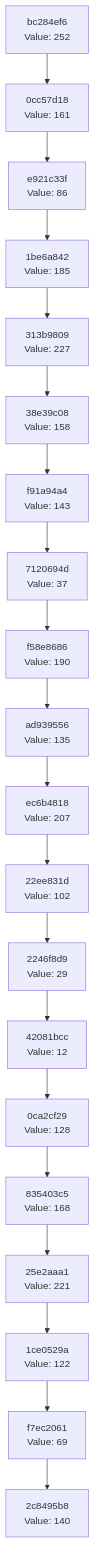
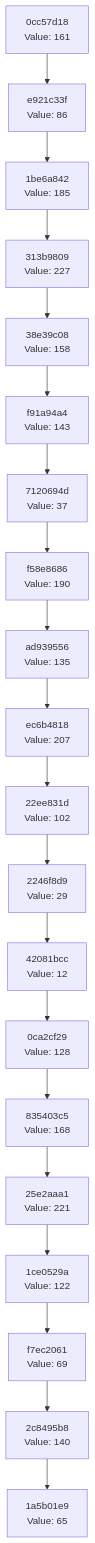
Before and after one commit to Abhisheksinha1506/hash-chain-evolver: the diagram in docs/CHAIN_VISUALIZATION.md, drawn with Mermaid. The commit also changed 2 other files, not shown here.

Commit message:
Evolution Step

````diff
--- a/docs/CHAIN_VISUALIZATION.md
+++ b/docs/CHAIN_VISUALIZATION.md
@@ -3,42 +3,42 @@
 ```mermaid
 graph TD
-    C0["2c8495b8<br/>Value: 140"]
-    C1["f7ec2061<br/>Value: 69"]
+    C0["1a5b01e9<br/>Value: 65"]
+    C1["2c8495b8<br/>Value: 140"]
     C1 --> C0
-    C2["1ce0529a<br/>Value: 122"]
+    C2["f7ec2061<br/>Value: 69"]
     C2 --> C1
-    C3["25e2aaa1<br/>Value: 221"]
+    C3["1ce0529a<br/>Value: 122"]
     C3 --> C2
-    C4["835403c5<br/>Value: 168"]
+    C4["25e2aaa1<br/>Value: 221"]
     C4 --> C3
-    C5["0ca2cf29<br/>Value: 128"]
+    C5["835403c5<br/>Value: 168"]
     C5 --> C4
-    C6["42081bcc<br/>Value: 12"]
+    C6["0ca2cf29<br/>Value: 128"]
     C6 --> C5
-    C7["2246f8d9<br/>Value: 29"]
+    C7["42081bcc<br/>Value: 12"]
     C7 --> C6
-    C8["22ee831d<br/>Value: 102"]
+    C8["2246f8d9<br/>Value: 29"]
     C8 --> C7
-    C9["ec6b4818<br/>Value: 207"]
+    C9["22ee831d<br/>Value: 102"]
     C9 --> C8
-    C10["ad939556<br/>Value: 135"]
+    C10["ec6b4818<br/>Value: 207"]
     C10 --> C9
-    C11["f58e8686<br/>Value: 190"]
+    C11["ad939556<br/>Value: 135"]
     C11 --> C10
-    C12["7120694d<br/>Value: 37"]
+    C12["f58e8686<br/>Value: 190"]
     C12 --> C11
-    C13["f91a94a4<br/>Value: 143"]
+    C13["7120694d<br/>Value: 37"]
     C13 --> C12
-    C14["38e39c08<br/>Value: 158"]
+    C14["f91a94a4<br/>Value: 143"]
     C14 --> C13
-    C15["313b9809<br/>Value: 227"]
+    C15["38e39c08<br/>Value: 158"]
     C15 --> C14
-    C16["1be6a842<br/>Value: 185"]
+    C16["313b9809<br/>Value: 227"]
     C16 --> C15
-    C17["e921c33f<br/>Value: 86"]
+    C17["1be6a842<br/>Value: 185"]
     C17 --> C16
-    C18["0cc57d18<br/>Value: 161"]
+    C18["e921c33f<br/>Value: 86"]
     C18 --> C17
-    C19["bc284ef6<br/>Value: 252"]
+    C19["0cc57d18<br/>Value: 161"]
     C19 --> C18
 ```
````
